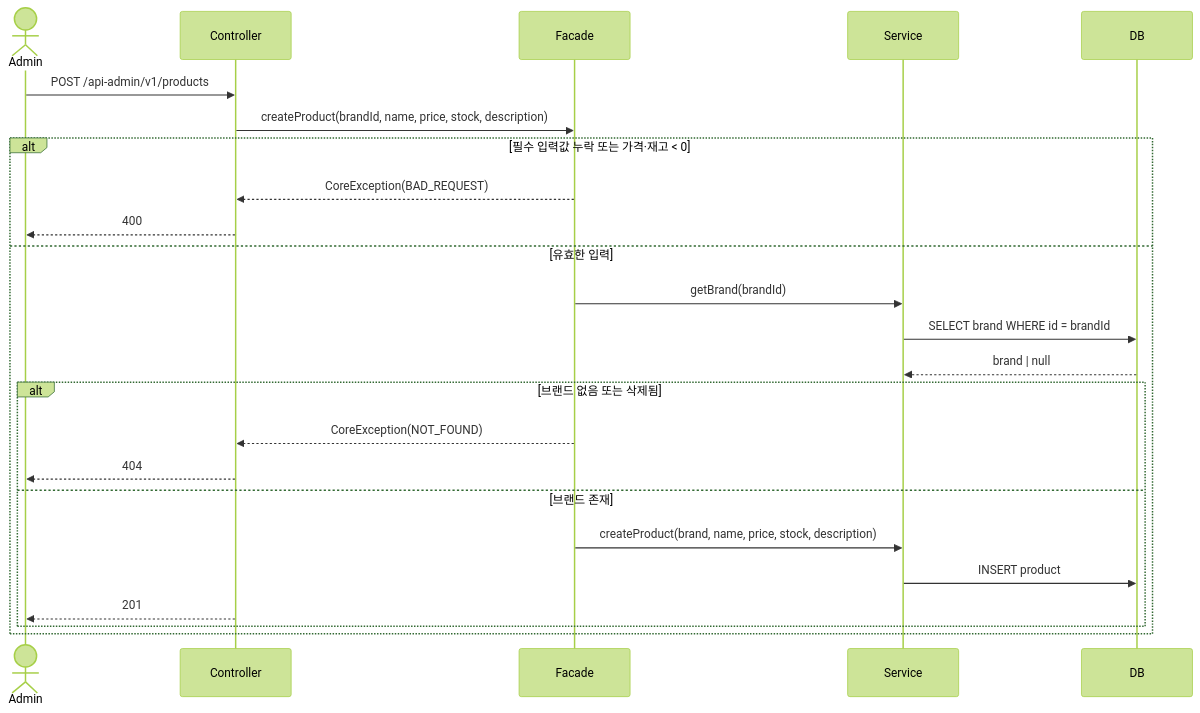
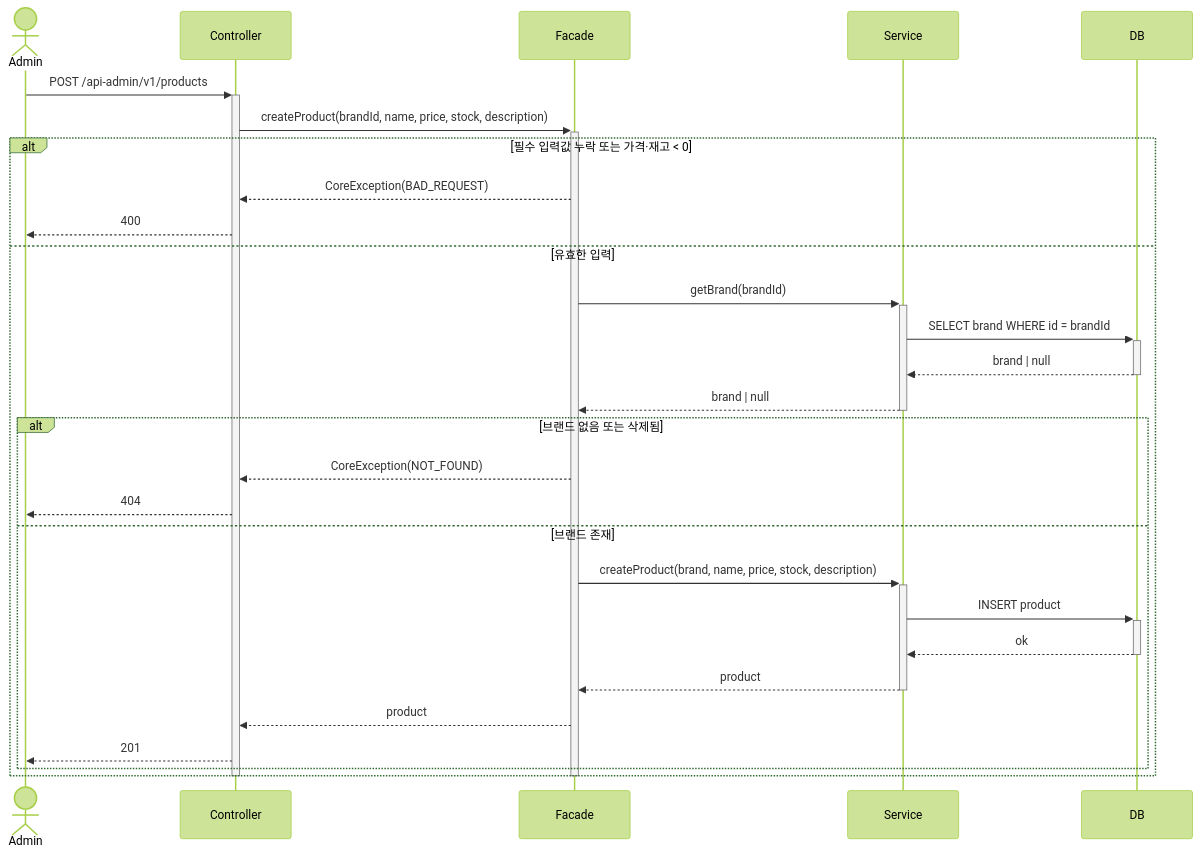
One commit to loopers-labs/loop-pack-be-l2-vol4-java changed diagram 15 of 21 in .docs/design/02-sequence-diagrams.md. Above: the diagram before and after it, drawn with Mermaid (forest theme). The commit also changed other lines of this file, not shown here.

Commit message:
docs: 시퀀스 다이어그램 수정

````diff
--- a/.docs/design/02-sequence-diagrams.md
+++ b/.docs/design/02-sequence-diagrams.md
@@ -398,29 +450,35 @@
 ```mermaid
 sequenceDiagram
     actor Admin
     participant Controller
     participant Facade
     participant Service
     participant DB
 
-    Admin->>Controller: POST /api-admin/v1/products
-    Controller->>Facade: createProduct(brandId, name, price, stock, description)
+    Admin->>+Controller: POST /api-admin/v1/products
+    Controller->>+Facade: createProduct(brandId, name, price, stock, description)
 
     alt 필수 입력값 누락 또는 가격·재고 < 0
         Facade-->>Controller: CoreException(BAD_REQUEST)
         Controller-->>Admin: 400
     else 유효한 입력
-        Facade->>Service: getBrand(brandId)
-        Service->>DB: SELECT brand WHERE id = brandId
-        DB-->>Service: brand | null
+        Facade->>+Service: getBrand(brandId)
+        Service->>+DB: SELECT brand WHERE id = brandId
+        DB-->>-Service: brand | null
+        Service-->>-Facade: brand | null
 
         alt 브랜드 없음 또는 삭제됨
             Facade-->>Controller: CoreException(NOT_FOUND)
             Controller-->>Admin: 404
         else 브랜드 존재
-            Facade->>Service: createProduct(brand, name, price, stock, description)
-            Service->>DB: INSERT product
+            Facade->>+Service: createProduct(brand, name, price, stock, description)
+            Service->>+DB: INSERT product
+            DB-->>-Service: ok
+            Service-->>-Facade: product
+            Facade-->>Controller: product
             Controller-->>Admin: 201
         end
     end
+    deactivate Facade
+    deactivate Controller
 ```
````
